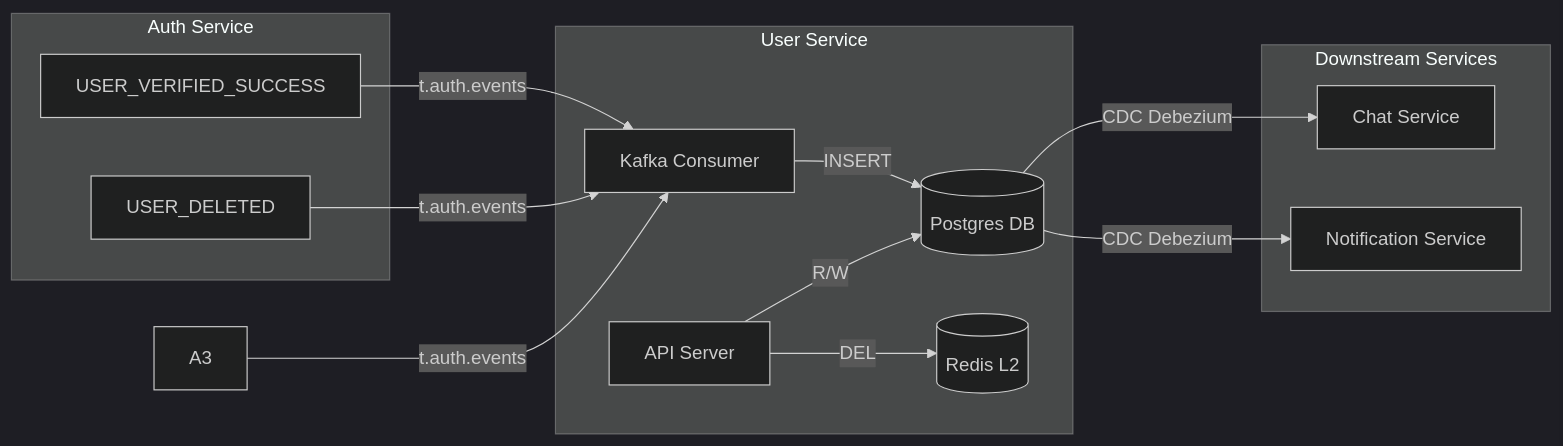
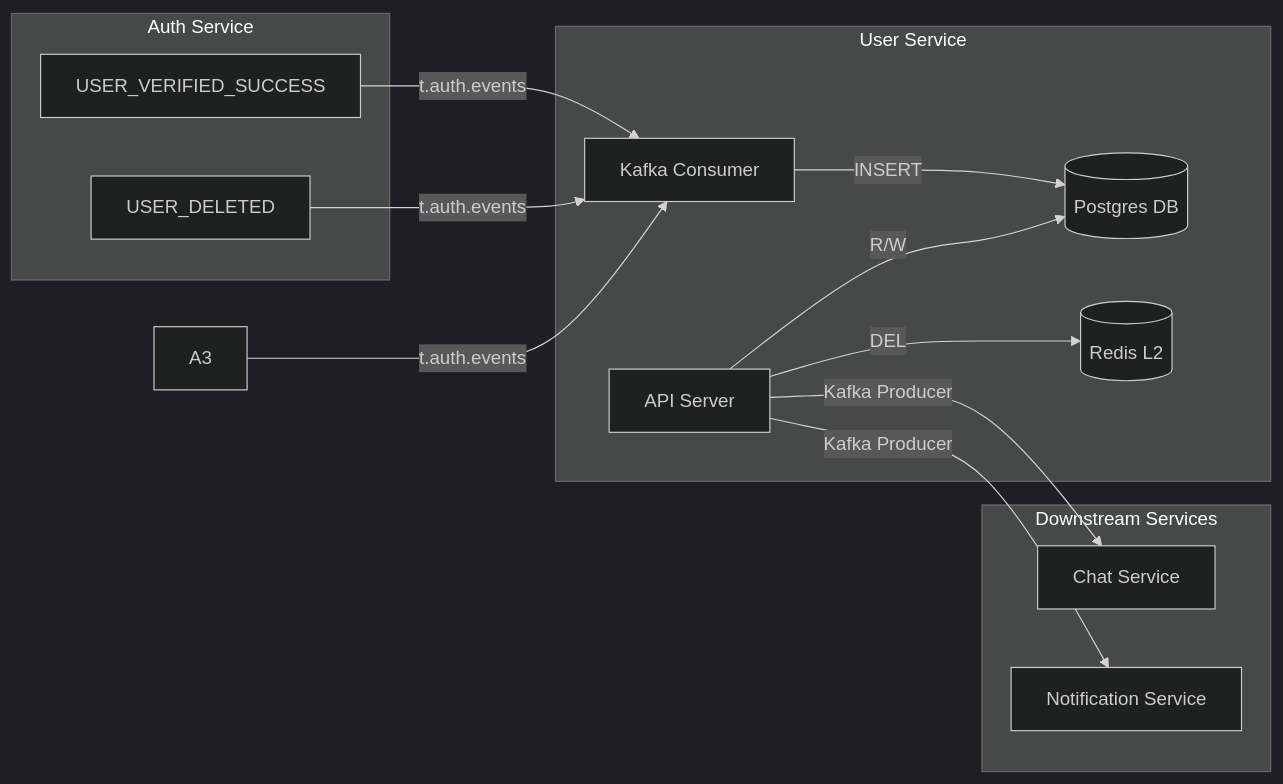
One commit to quangdung2110/e-commerce-microservices changed diagram 13 of 13 in docs/user/user_workflows.md. Above: the diagram before and after it, drawn with Mermaid (dark theme). The commit also changed other lines of this file and 3 other files, not shown here.

````diff
--- a/docs/user/user_workflows.md
+++ b/docs/user/user_workflows.md
@@ -386,30 +394,30 @@
 ```mermaid
 flowchart LR
     subgraph AuthService[Auth Service]
         A1[USER_VERIFIED_SUCCESS]
         A2[USER_DELETED]
     end
 
     subgraph UserService[User Service]
         W1[Kafka Consumer]
         W2[API Server]
         DB[(Postgres DB)]
         Redis[(Redis L2)]
     end
 
     subgraph DownstreamServices[Downstream Services]
         C1[Chat Service]
         C2[Notification Service]
     end
 
     A1 -->|t.auth.events| W1
     A2 -->|t.auth.events| W1
     A3 -->|t.auth.events| W1
 
     W1 -->|INSERT| DB
     W2 -->|R/W| DB
     W2 -->|DEL| Redis
 
-    DB -->|CDC Debezium| C1
-    DB -->|CDC Debezium| C2
+    W2 -->|Kafka Producer| C1
+    W2 -->|Kafka Producer| C2
 ```
````
